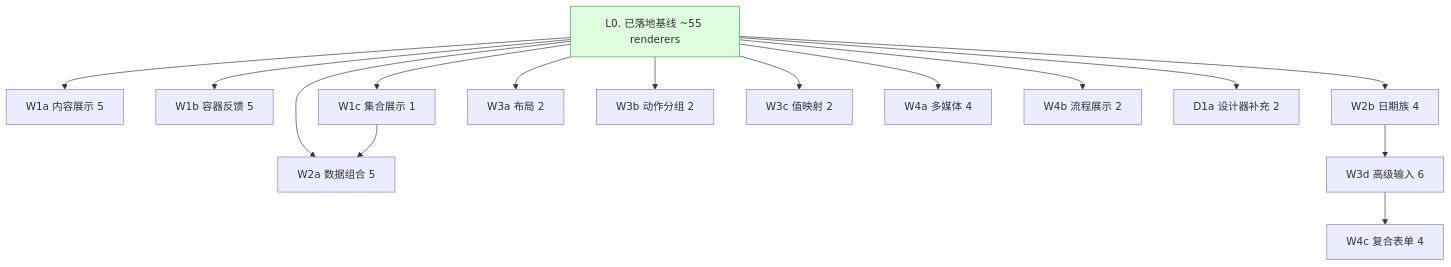
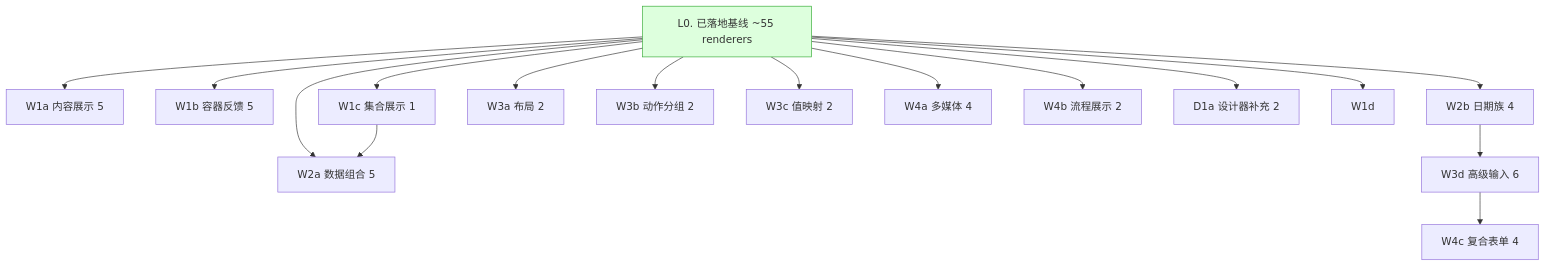
Before and after one commit to entropy-cloud/nop-chaos-flux: the diagram in docs/components/roadmap.md, drawn with Mermaid. The commit also changed other lines of this file and 19 other files, not shown here.

````diff
--- a/docs/components/roadmap.md
+++ b/docs/components/roadmap.md
@@ -177,28 +189,28 @@
 ```mermaid
 graph TD
     L0["L0. 已落地基线 ~55 renderers"]
     W1a["W1a 内容展示 5"]
     W1b["W1b 容器反馈 5"]
     W1c["W1c 集合展示 1"]
     W2a["W2a 数据组合 5"]
     W2b["W2b 日期族 4"]
     W3a["W3a 布局 2"]
     W3b["W3b 动作分组 2"]
     W3c["W3c 值映射 2"]
     W3d["W3d 高级输入 6"]
     W4a["W4a 多媒体 4"]
     W4b["W4b 流程展示 2"]
     W4c["W4c 复合表单 4"]
     D1a["D1a 设计器补充 2"]
 
-    L0 --> W1a & W1b & W1c
+    L0 --> W1a & W1b & W1c & W1d
     L0 & W1c --> W2a
     L0 --> W2b
     L0 --> W3a & W3b & W3c
     W2b --> W3d
     L0 --> W4a & W4b
     W3d --> W4c
     L0 --> D1a
 
     style L0 fill:#dfd,stroke:#3a3
 ```
````
